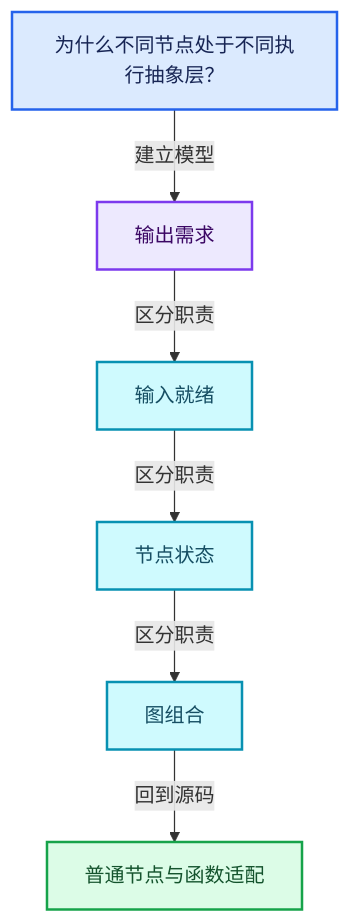
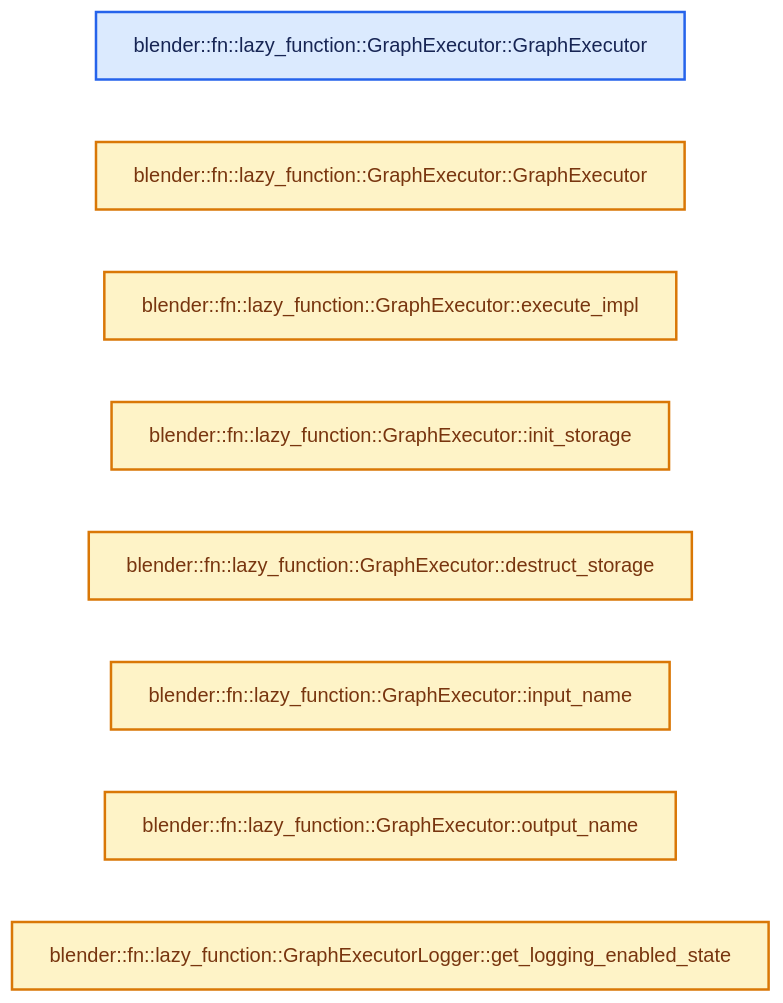
One commit to yunkezengren/blender-.vscode changed the second of 4 diagrams in 杂/markdown/全面学习-codex/09-LazyFunction与节点执行架构/10-普通节点与函数适配.md. Above: the diagram before and after it, drawn with Mermaid. The commit also changed other lines of this file and 1930 other files, not shown here.

````diff
--- a/杂/markdown/全面学习-codex/09-LazyFunction与节点执行架构/10-普通节点与函数适配.md
+++ b/杂/markdown/全面学习-codex/09-LazyFunction与节点执行架构/10-普通节点与函数适配.md
@@ -61,20 +46,17 @@
 ```mermaid
-flowchart TB
-  Q["为什么不同节点处于不同执行抽象层？"]:::input
-  C0["输出需求"]:::abstraction
-  C1["输入就绪"]:::data
-  C2["节点状态"]:::data
-  C3["图组合"]:::data
-  R["普通节点与函数适配"]:::result
-  Q -->|"建立模型"| C0
-  C0 -->|"区分职责"| C1
-  C1 -->|"区分职责"| C2
-  C2 -->|"区分职责"| C3
-  C3 -->|"回到源码"| R
+flowchart LR
+  F0["blender::fn::lazy_function::GraphExecutor::GraphExecutor"]:::input
+  F1["blender::fn::lazy_function::GraphExecutor::GraphExecutor"]:::compute
+  F2["blender::fn::lazy_function::GraphExecutor::execute_impl"]:::compute
+  F3["blender::fn::lazy_function::GraphExecutor::init_storage"]:::compute
+  F4["blender::fn::lazy_function::GraphExecutor::destruct_storage"]:::compute
+  F5["blender::fn::lazy_function::GraphExecutor::input_name"]:::compute
+  F6["blender::fn::lazy_function::GraphExecutor::output_name"]:::compute
+  F7["blender::fn::lazy_function::GraphExecutorLogger::get_logging_enabled_state"]:::compute
   classDef input fill:#DBEAFE,stroke:#2563EB,color:#172554,stroke-width:2px;
   classDef data fill:#CFFAFE,stroke:#0891B2,color:#164E63,stroke-width:2px;
   classDef abstraction fill:#EDE9FE,stroke:#7C3AED,color:#3B0764,stroke-width:2px;
   classDef compute fill:#FEF3C7,stroke:#D97706,color:#78350F,stroke-width:2px;
   classDef result fill:#DCFCE7,stroke:#16A34A,color:#14532D,stroke-width:2px;
   classDef error fill:#FEE2E2,stroke:#DC2626,color:#7F1D1D,stroke-width:2px;
 ```
````
